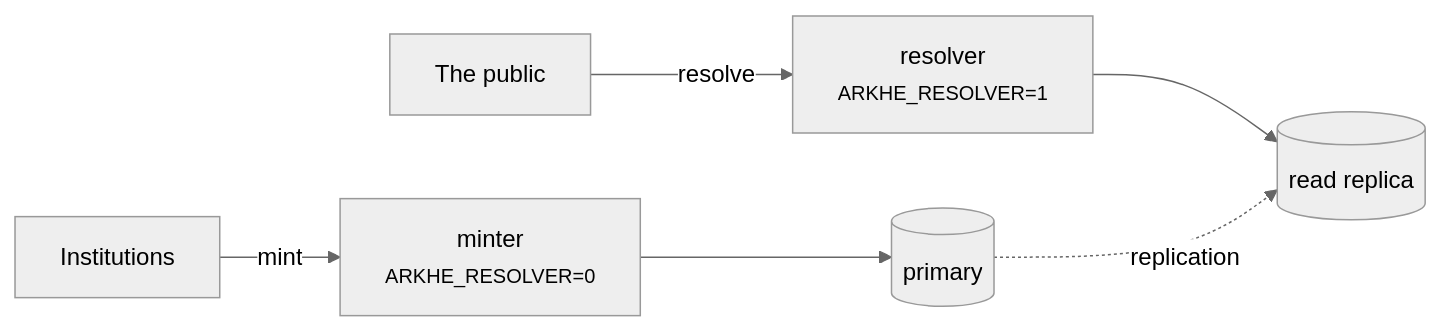
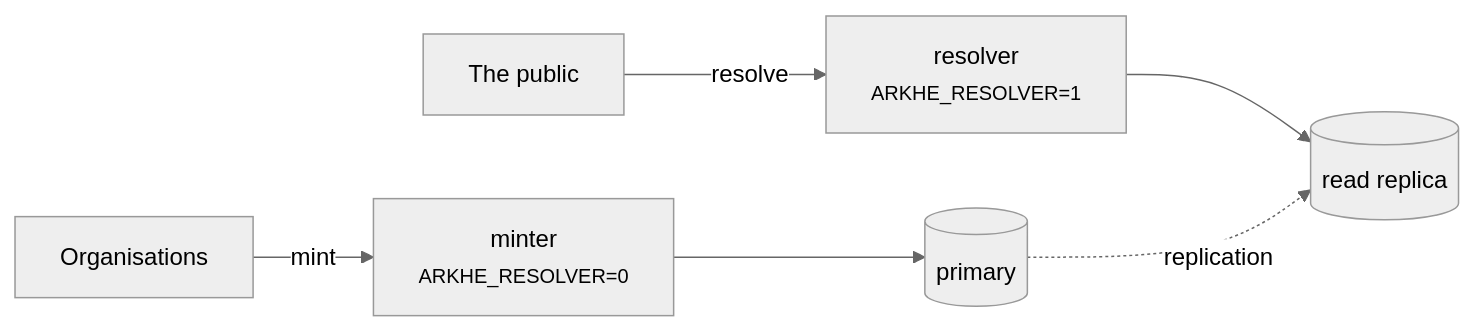
The diagram in docs/guides/deployment.md (RCOSDP/arkhe), drawn with Mermaid (neutral theme) before and after one commit. The commit also changed 62 other files, not shown here.

````diff
--- a/docs/guides/deployment.md
+++ b/docs/guides/deployment.md
@@ -5,8 +5,8 @@
 ```mermaid
 flowchart LR
-    W[Institutions] -->|mint| M["minter<br/><small>ARKHE_RESOLVER=0</small>"]
+    W[Organisations] -->|mint| M["minter<br/><small>ARKHE_RESOLVER=0</small>"]
     P[The public] -->|resolve| R["resolver<br/><small>ARKHE_RESOLVER=1</small>"]
     M --> DB[(primary)]
     R --> RO[(read replica)]
     DB -.->|replication| RO
 ```
````
